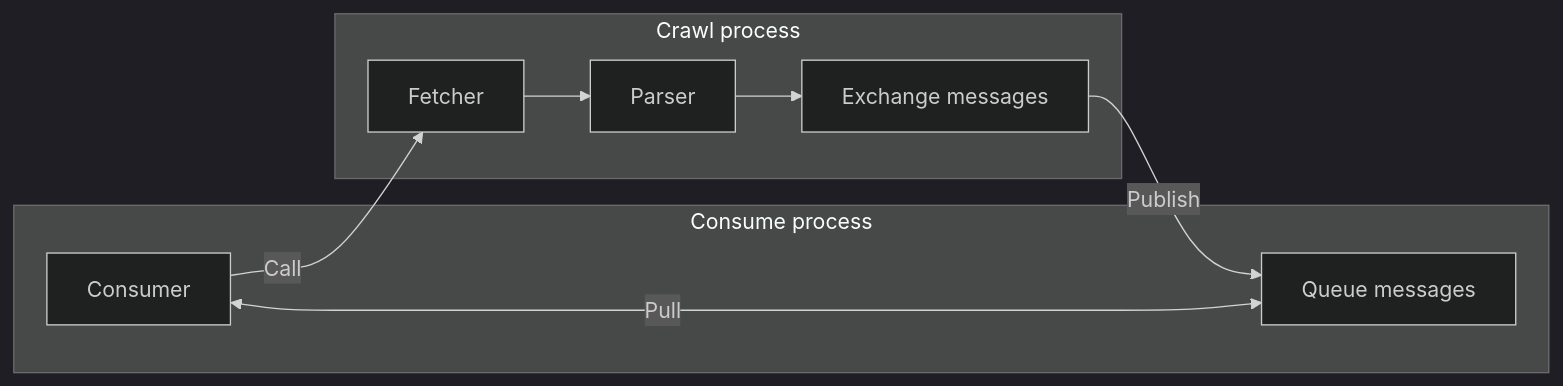
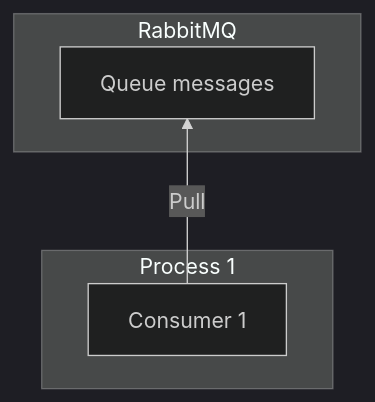
The second of 14 diagrams in docs/conferences/actor model/slides.md (Baptouuuu/baptouuuu.github.io), drawn with Mermaid (dark theme) before and after one commit.

Commit message:
use simpler example for synchronous consumer

````diff
--- a/docs/conferences/actor model/slides.md
+++ b/docs/conferences/actor model/slides.md
@@ -35,11 +35,10 @@
 ```mermaid
-flowchart LR
-    consumer -- Call --> fetcher
-    exchange -- Publish --> queue
-    subgraph crawl ["Crawl process"]
-        fetcher["Fetcher"] --> parser["Parser"] --> exchange["Exchange messages"]
+flowchart BT
+    subgraph rabbitmq ["RabbitMQ"]
+        queue["Queue messages"]
     end
-    subgraph consume ["Consume process"]
-        consumer["Consumer"] <-- Pull --> queue["Queue messages"]
+    c1 -- Pull --> queue
+    subgraph p1 ["Process 1"]
+        c1["Consumer 1"]
     end
 ```
````
